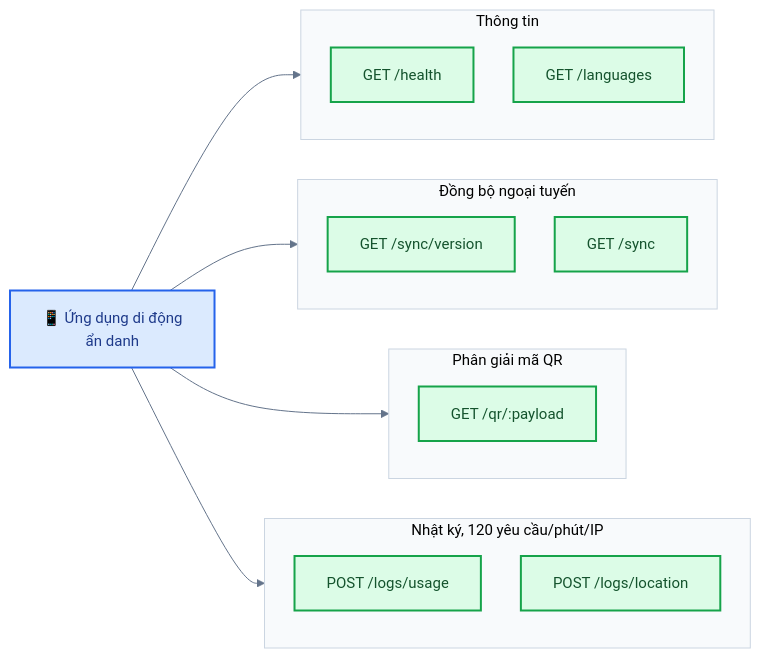
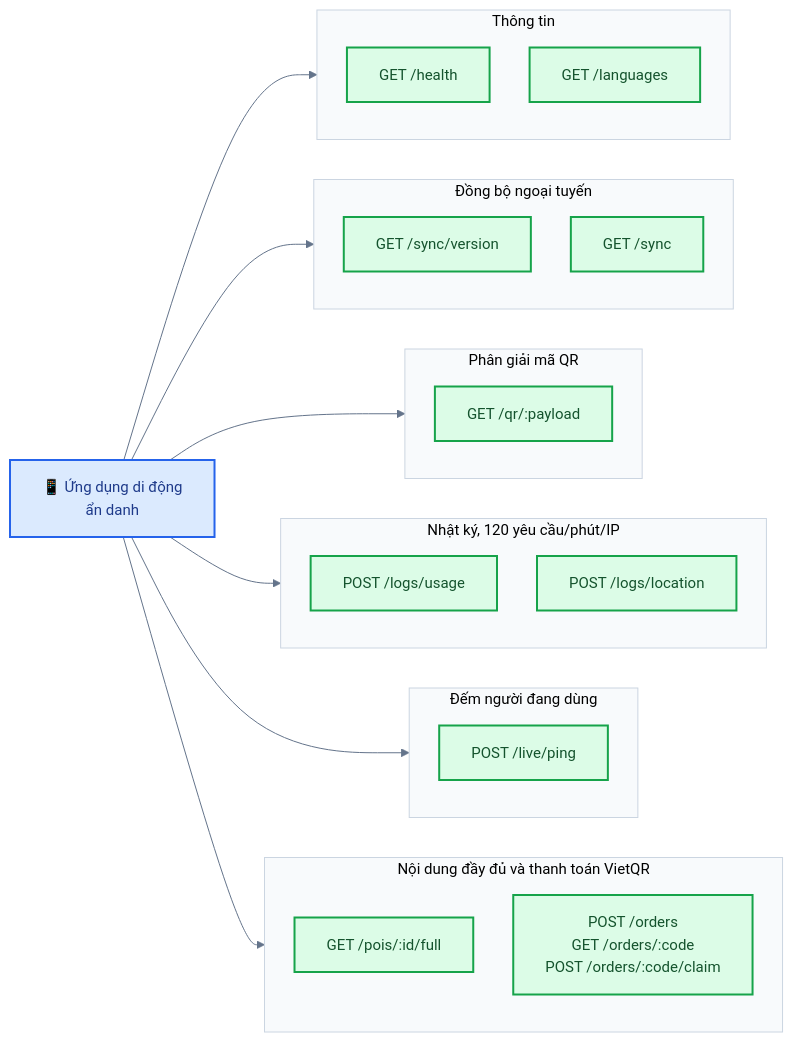
The third of 10 diagrams in docs/api.md (AiraLeFatale/CongNghePhanMem_Project), drawn with Mermaid before and after one commit. The commit also changed other lines of this file and 145 other files, not shown here.

First line of the commit message:
Công khai website qua tên miền riêng, đếm live 1 giây và thanh toán VietQR

````diff
--- a/docs/api.md
+++ b/docs/api.md
@@ -83,30 +83,41 @@
 ```mermaid
 %%{init: {"theme":"base","fontFamily":"Helvetica Neue, Arial, sans-serif","themeVariables":{"fontFamily":"Helvetica Neue, Arial, sans-serif","fontSize":"15px","primaryColor":"#EFF6FF","primaryBorderColor":"#3B82F6","primaryTextColor":"#0F172A","lineColor":"#64748B","secondaryColor":"#F0FDF4","tertiaryColor":"#FFFFFF","clusterBkg":"#F8FAFC","clusterBorder":"#CBD5E1","edgeLabelBackground":"#FFFFFF","noteBkgColor":"#FEF9C3","noteBorderColor":"#EAB308","actorBkg":"#DBEAFE","actorBorder":"#2563EB","actorTextColor":"#1E3A8A","signalColor":"#475569","signalTextColor":"#0F172A","labelBoxBkgColor":"#F1F5F9","labelBoxBorderColor":"#94A3B8","activationBkgColor":"#E0F2FE","activationBorderColor":"#0284C7","sequenceNumberColor":"#FFFFFF","pie1":"#16A34A","pie2":"#F59E0B","pie3":"#94A3B8","pie4":"#DC2626","pie5":"#2563EB","pie6":"#7C3AED","pieStrokeColor":"#FFFFFF","pieSectionTextColor":"#FFFFFF","quadrant1Fill":"#FEE2E2","quadrant2Fill":"#FEF3C7","quadrant3Fill":"#DCFCE7","quadrant4Fill":"#FEF3C7","quadrantPointFill":"#1E3A8A","quadrantPointTextFill":"#0F172A","git0":"#1E3A8A","gitBranchLabel0":"#FFFFFF","cScale0":"#DBEAFE","cScale1":"#DCFCE7","cScale2":"#EDE9FE","cScale3":"#FEF3C7","cScale4":"#FFE4E6","cScale5":"#E0F2FE","cScale6":"#F1F5F9"},"flowchart":{"curve":"basis","padding":16,"nodeSpacing":40,"rankSpacing":50},"sequence":{"showSequenceNumbers":true,"mirrorActors":false}}}%%
 flowchart LR
     APP["📱 Ứng dụng di động<br/>ẩn danh"]:::mobile
     subgraph INFO["Thông tin"]
         H["GET /health"]:::backend
         L["GET /languages"]:::backend
     end
     subgraph SYNC["Đồng bộ ngoại tuyến"]
         V["GET /sync/version"]:::backend
         S["GET /sync"]:::backend
     end
     subgraph QRG["Phân giải mã QR"]
         Q["GET /qr/:payload"]:::backend
     end
     subgraph LOG["Nhật ký, 120 yêu cầu/phút/IP"]
         U["POST /logs/usage"]:::backend
         LO["POST /logs/location"]:::backend
     end
+    subgraph LIVE["Đếm người đang dùng"]
+        PING["POST /live/ping"]:::backend
+    end
+    subgraph PAY["Nội dung đầy đủ và thanh toán VietQR"]
+        FULL["GET /pois/:id/full"]:::backend
+        ORD["POST /orders<br/>GET /orders/:code<br/>POST /orders/:code/claim"]:::backend
+    end
     APP --> INFO
     APP --> SYNC
     APP --> QRG
     APP --> LOG
+    APP --> LIVE
+    APP --> PAY
     style INFO fill:#F8FAFC,stroke:#CBD5E1
     style SYNC fill:#F8FAFC,stroke:#CBD5E1
     style QRG fill:#F8FAFC,stroke:#CBD5E1
     style LOG fill:#F8FAFC,stroke:#CBD5E1
+    style LIVE fill:#F8FAFC,stroke:#CBD5E1
+    style PAY fill:#F8FAFC,stroke:#CBD5E1
     classDef backend fill:#DCFCE7,stroke:#16A34A,stroke-width:2px,color:#14532D
     classDef mobile fill:#DBEAFE,stroke:#2563EB,stroke-width:2px,color:#1E3A8A
 ```
````
